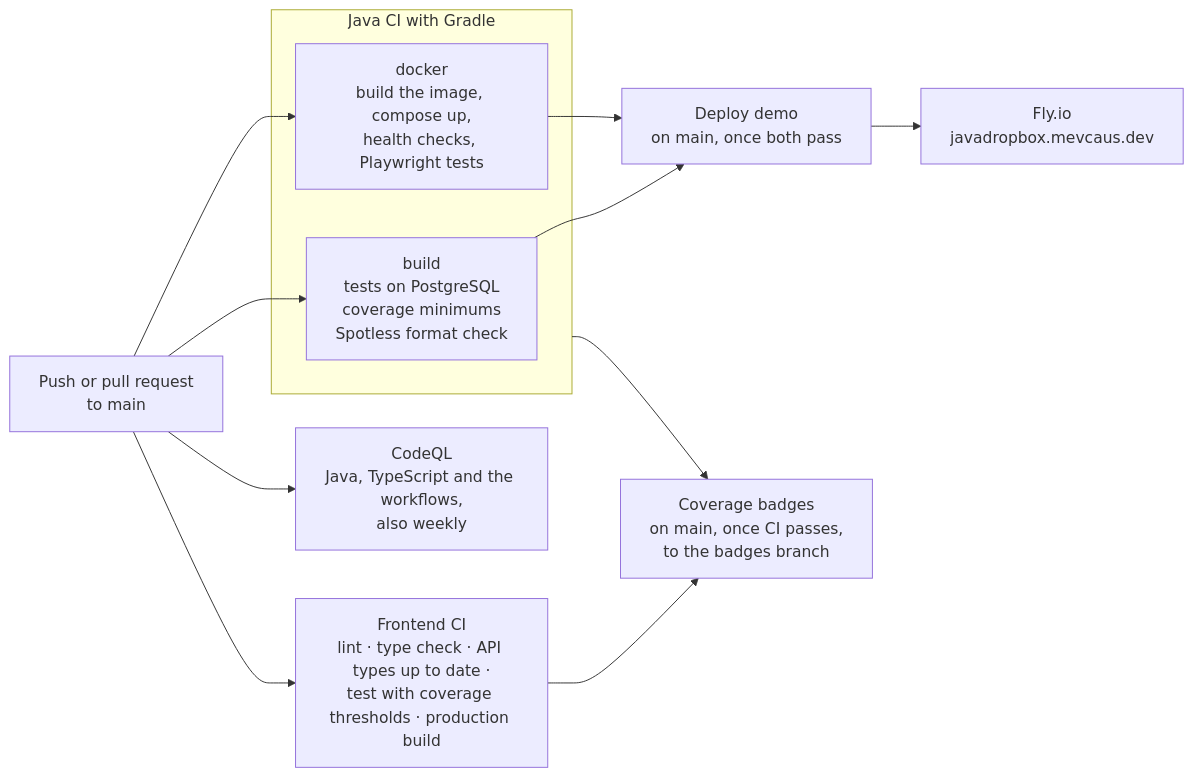
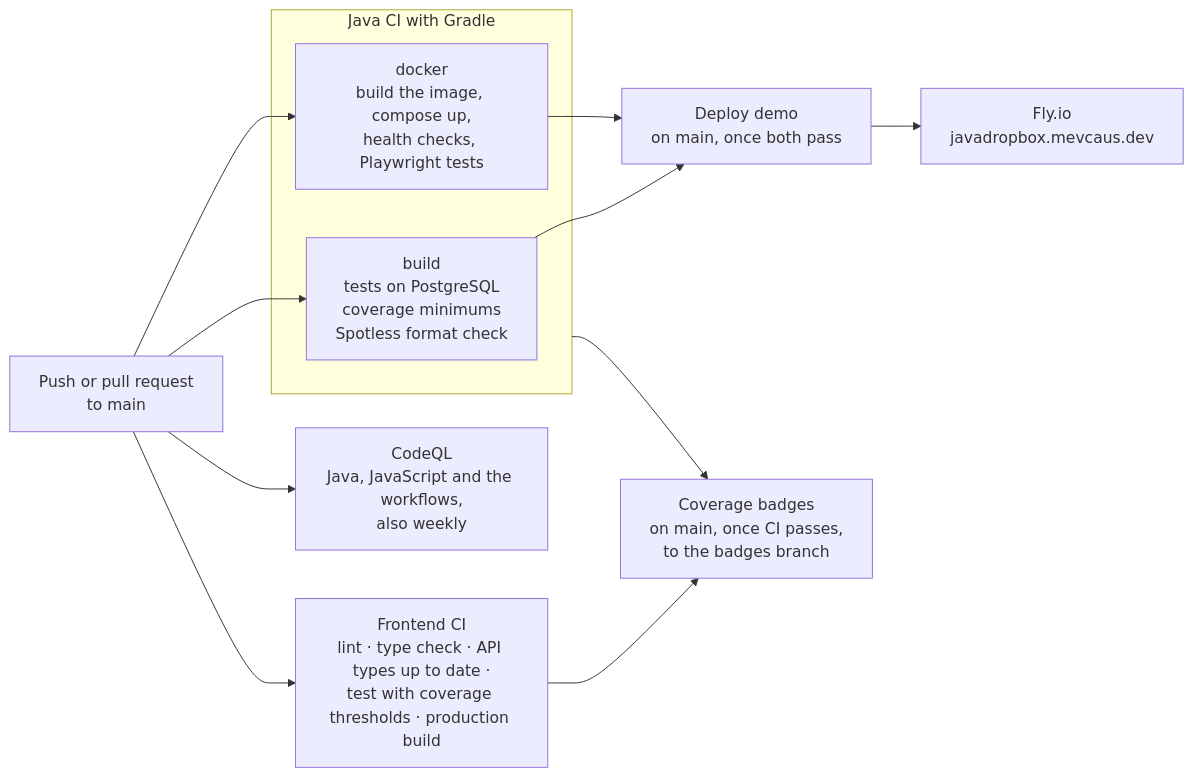
Before and after one commit to mevcaus/JavaDropbox: the sixth of 6 diagrams in README.md, drawn with Mermaid. The commit also changed other lines of this file and 2 other files, not shown here.

Commit message:
use the security-extended queries and keep the token out of the checkout

````diff
--- a/README.md
+++ b/README.md
@@ -374,16 +374,16 @@
 ```mermaid
 flowchart LR
     Push["Push or pull request<br/>to main"] --> Build & Docker & Frontend
 
     subgraph Gradle["Java CI with Gradle"]
         Build["build<br/>tests on PostgreSQL<br/>coverage minimums<br/>Spotless format check"]
         Docker["docker<br/>build the image, compose up,<br/>health checks, Playwright tests"]
     end
 
     Frontend["Frontend CI<br/>lint · type check · API types up to date ·<br/>test with coverage thresholds · production build"]
 
     Build & Docker --> Deploy["Deploy demo<br/>on main, once both pass"]
     Deploy --> Fly["Fly.io<br/>javadropbox.mevcaus.dev"]
     Gradle & Frontend --> Badges["Coverage badges<br/>on main, once CI passes,<br/>to the badges branch"]
-    Push --> CodeQL["CodeQL<br/>Java, TypeScript and the workflows,<br/>also weekly"]
+    Push --> CodeQL["CodeQL<br/>Java, JavaScript and the workflows,<br/>also weekly"]
 ```
````
